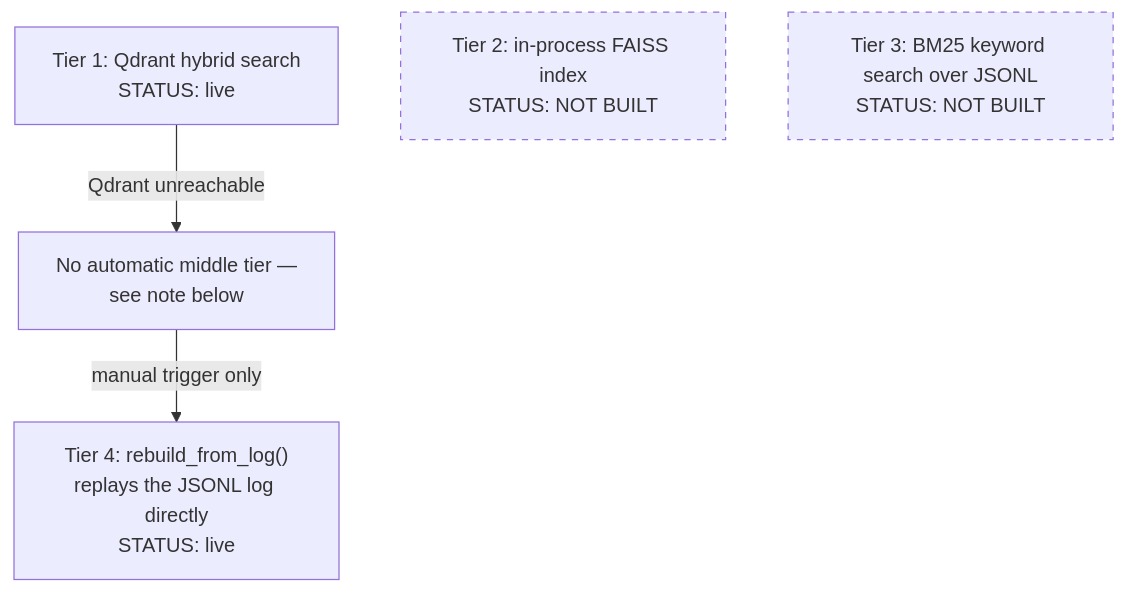
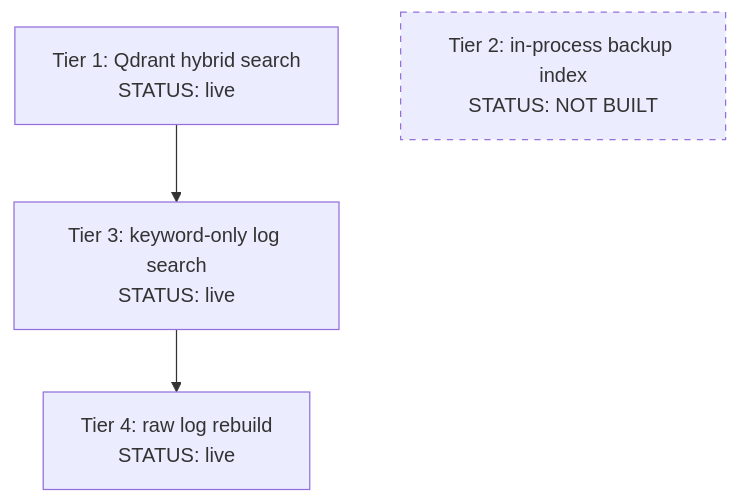
Before and after one commit to PhoenixNest/AGENT-GLOBAL-BASE: the fourth of 4 diagrams in core-component-00/telescope/2026-07-10-agent-memory-architecture/supporting/04-workflow-diagrams.md, drawn with Mermaid. The commit also changed other lines of this file and 9 other files, not shown here.

````diff
--- a/core-component-00/telescope/2026-07-10-agent-memory-architecture/supporting/04-workflow-diagrams.md
+++ b/core-component-00/telescope/2026-07-10-agent-memory-architecture/supporting/04-workflow-diagrams.md
@@ -163,11 +163,9 @@
 ```mermaid
 graph TD
-    Primary["Tier 1: Qdrant hybrid search\nSTATUS: live"] -->|Qdrant unreachable| Fallback["No automatic middle tier —\nsee note below"]
-    Fallback -->|manual trigger only| LastResort["Tier 4: rebuild_from_log()\nreplays the JSONL log directly\nSTATUS: live"]
+    Primary["Tier 1: Qdrant hybrid search\nSTATUS: live"] --> Tier3["Tier 3: keyword-only log search\nSTATUS: live"]
+    Tier3 --> LastResort["Tier 4: raw log rebuild\nSTATUS: live"]
 
-    NotBuilt1["Tier 2: in-process FAISS index\nSTATUS: NOT BUILT"]
-    NotBuilt2["Tier 3: BM25 keyword search over JSONL\nSTATUS: NOT BUILT"]
+    NotBuilt1["Tier 2: in-process backup index\nSTATUS: NOT BUILT"]
 
     style NotBuilt1 stroke-dasharray: 5 5
-    style NotBuilt2 stroke-dasharray: 5 5
 ```
````
